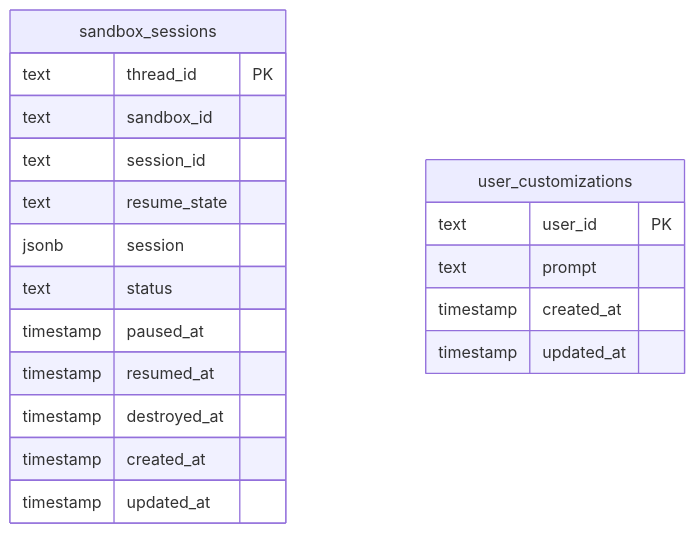
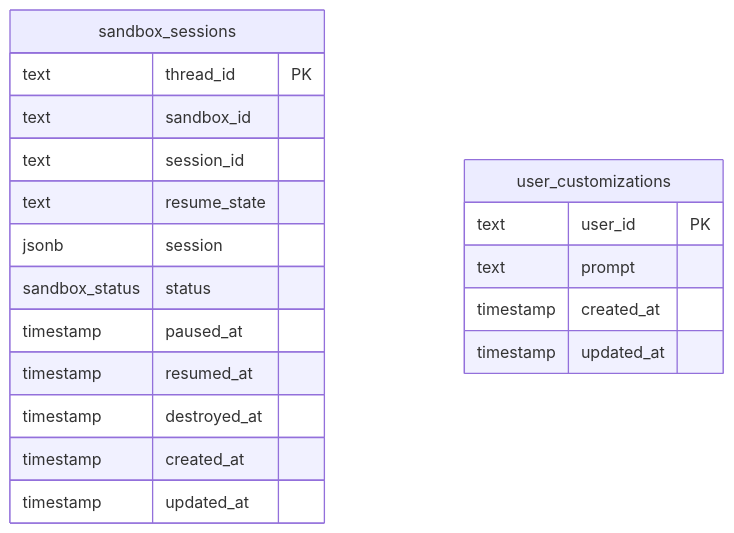
One commit to imdevarsh/gorkie-slack changed the diagram in docs/reference/data-model.md. Above: the diagram before and after it, drawn with Mermaid. The commit also changed other lines of this file and 13 other files, not shown here.

````diff
--- a/docs/reference/data-model.md
+++ b/docs/reference/data-model.md
@@ -31,23 +10,23 @@
 ```mermaid
 erDiagram
   sandbox_sessions {
     text thread_id PK
     text sandbox_id
     text session_id
     text resume_state
     jsonb session
-    text status
+    sandbox_status status
     timestamp paused_at
     timestamp resumed_at
     timestamp destroyed_at
     timestamp created_at
     timestamp updated_at
   }
 
   user_customizations {
     text user_id PK
     text prompt
     timestamp created_at
     timestamp updated_at
   }
 ```
````
